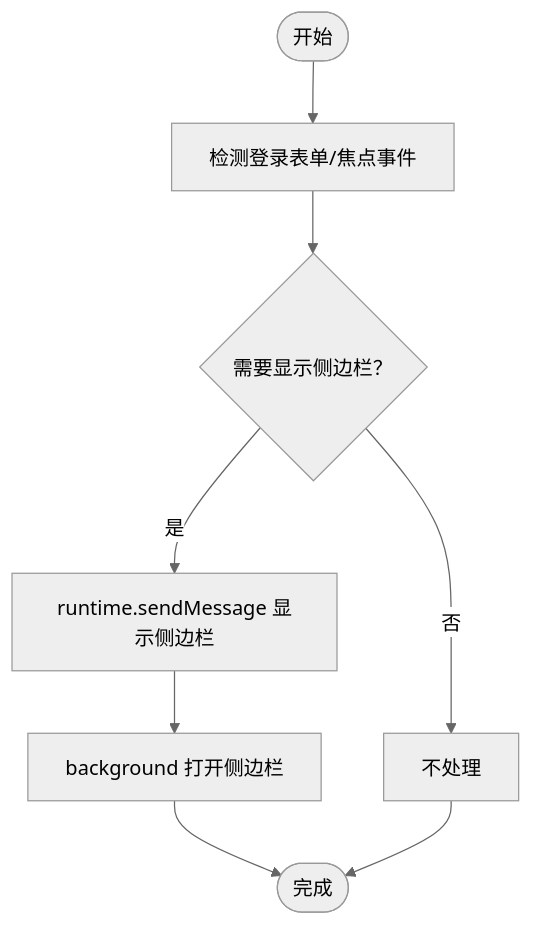
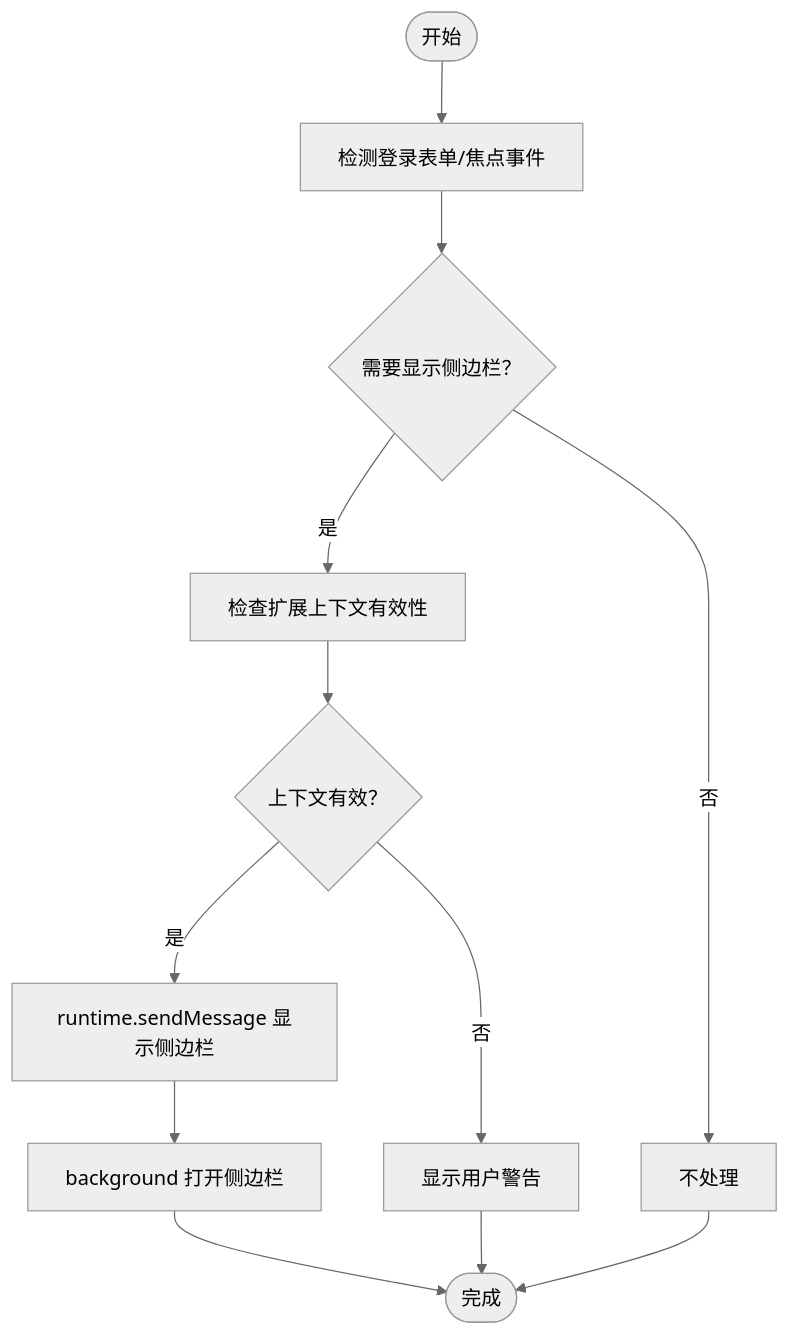
The fourth of 7 diagrams in .qoder/repowiki/zh/content/架构设计/消息通信机制.md (liaolongdong/account-password-helper), drawn with Mermaid (neutral theme) before and after one commit. The commit also changed other lines of this file and 23 other files, not shown here.

````diff
--- a/.qoder/repowiki/zh/content/架构设计/消息通信机制.md
+++ b/.qoder/repowiki/zh/content/架构设计/消息通信机制.md
@@ -168,10 +175,14 @@
 ```mermaid
 flowchart TD
 Start(["开始"]) --> Detect["检测登录表单/焦点事件"]
 Detect --> NeedShow{"需要显示侧边栏？"}
-NeedShow --> |是| RequestShow["runtime.sendMessage 显示侧边栏"]
+NeedShow --> |是| CheckContext["检查扩展上下文有效性"]
+CheckContext --> ContextOK{"上下文有效？"}
+ContextOK --> |是| RequestShow["runtime.sendMessage 显示侧边栏"]
+ContextOK --> |否| WarnUser["显示用户警告"]
 NeedShow --> |否| Noop["不处理"]
 RequestShow --> BGOpen["background 打开侧边栏"]
 BGOpen --> Done(["完成"])
+WarnUser --> Done
 Noop --> Done
 ```
````
